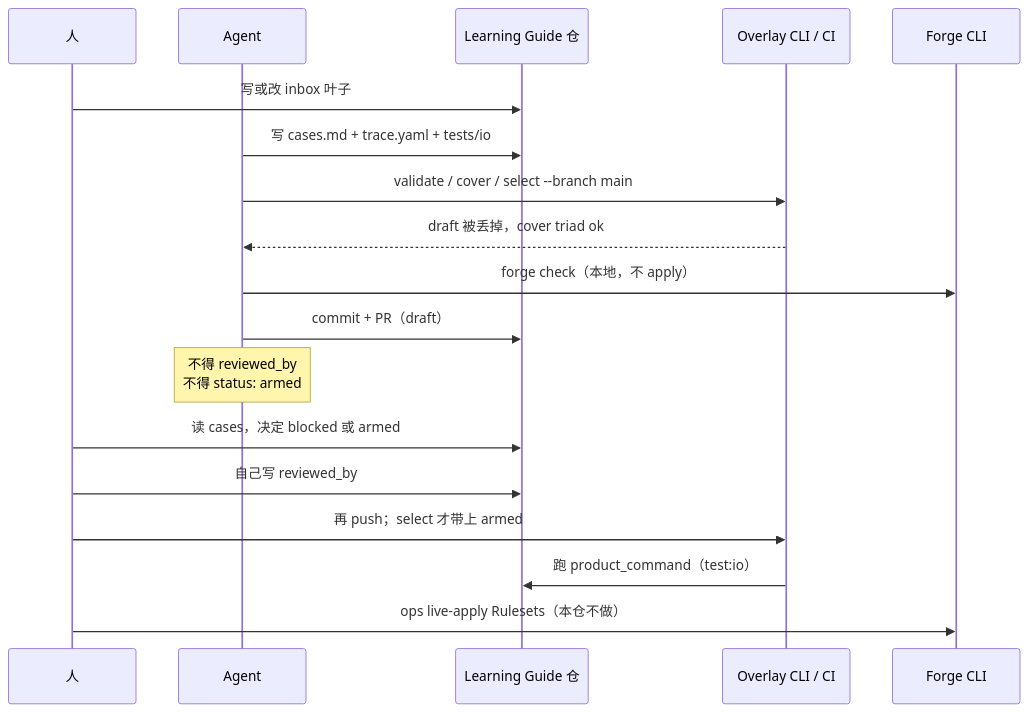
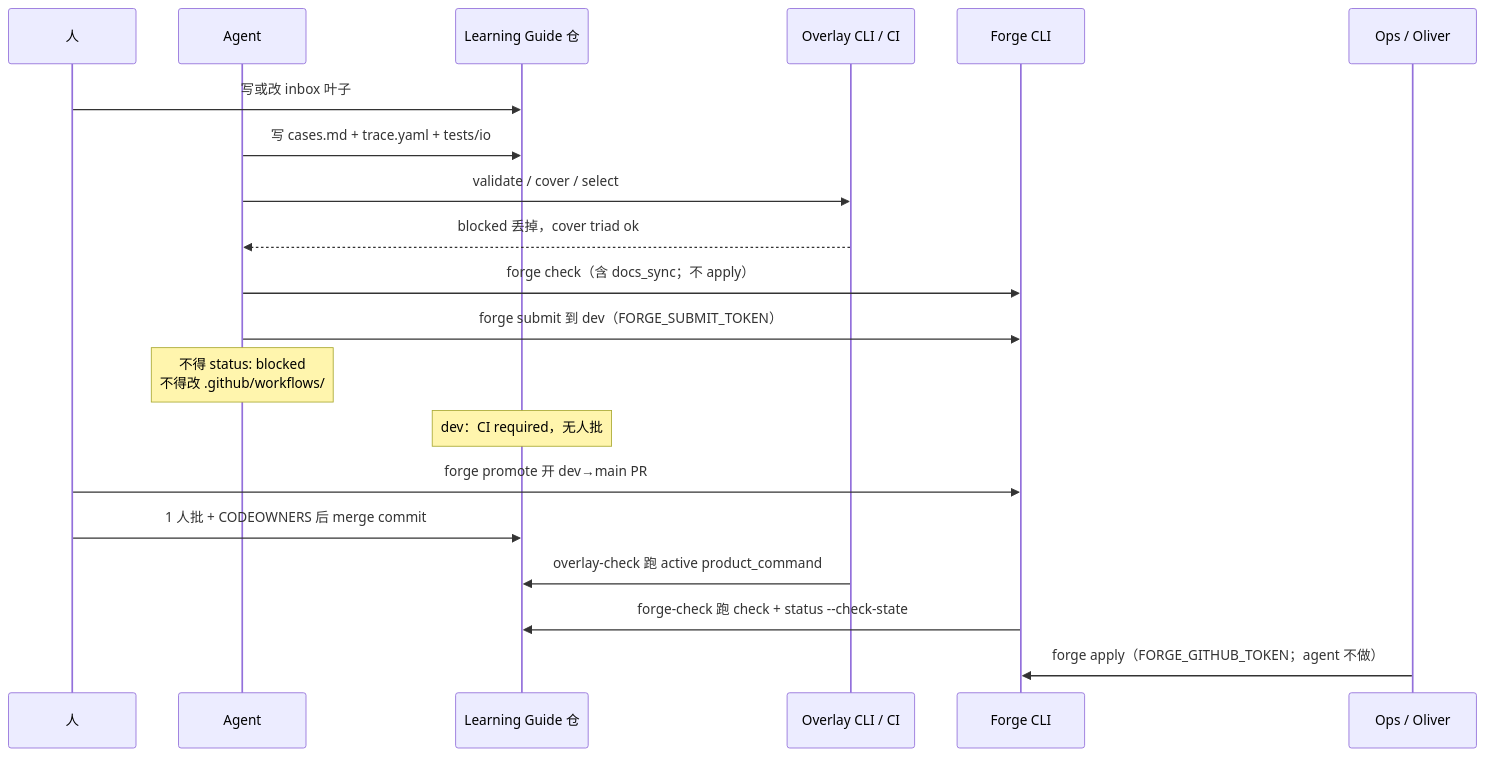
Before and after one commit to LibertychaserUS/LearningGuidePortal: the third of 3 diagrams in docs/phase1/overlay-forge-brief.md, drawn with Mermaid. The commit also changed other lines of this file and 23 other files, not shown here.

First line of the commit message:
feat: adopt Overlay 2.0.0 / Forge 1.1.2 with dev/main and forge-check (#10)

````diff
--- a/docs/phase1/overlay-forge-brief.md
+++ b/docs/phase1/overlay-forge-brief.md
@@ -177,22 +197,24 @@
 ```mermaid
 sequenceDiagram
     participant Human as 人
     participant Agent as Agent
     participant Product as Learning Guide 仓
     participant Overlay as Overlay CLI / CI
     participant Forge as Forge CLI
+    participant Ops as Ops / Oliver
 
     Human->>Product: 写或改 inbox 叶子
     Agent->>Product: 写 cases.md + trace.yaml + tests/io
-    Agent->>Overlay: validate / cover / select --branch main
-    Overlay-->>Agent: draft 被丢掉，cover triad ok
-    Agent->>Forge: forge check（本地，不 apply）
-    Agent->>Product: commit + PR（draft）
-    Note over Agent: 不得 reviewed_by<br/>不得 status: armed
+    Agent->>Overlay: validate / cover / select
+    Overlay-->>Agent: blocked 丢掉，cover triad ok
+    Agent->>Forge: forge check（含 docs_sync；不 apply）
+    Agent->>Forge: forge submit 到 dev（FORGE_SUBMIT_TOKEN）
+    Note over Agent: 不得 status: blocked<br/>不得改 .github/workflows/
 
-    Human->>Product: 读 cases，决定 blocked 或 armed
-    Human->>Product: 自己写 reviewed_by
-    Human->>Overlay: 再 push；select 才带上 armed
-    Overlay->>Product: 跑 product_command（test:io）
-    Human->>Forge: ops live-apply Rulesets（本仓不做）
+    Note over Product: dev：CI required，无人批
+    Human->>Forge: forge promote 开 dev→main PR
+    Human->>Product: 1 人批 + CODEOWNERS 后 merge commit
+    Overlay->>Product: overlay-check 跑 active product_command
+    Forge->>Product: forge-check 跑 check + status --check-state
+    Ops->>Forge: forge apply（FORGE_GITHUB_TOKEN；agent 不做）
 ```
````
